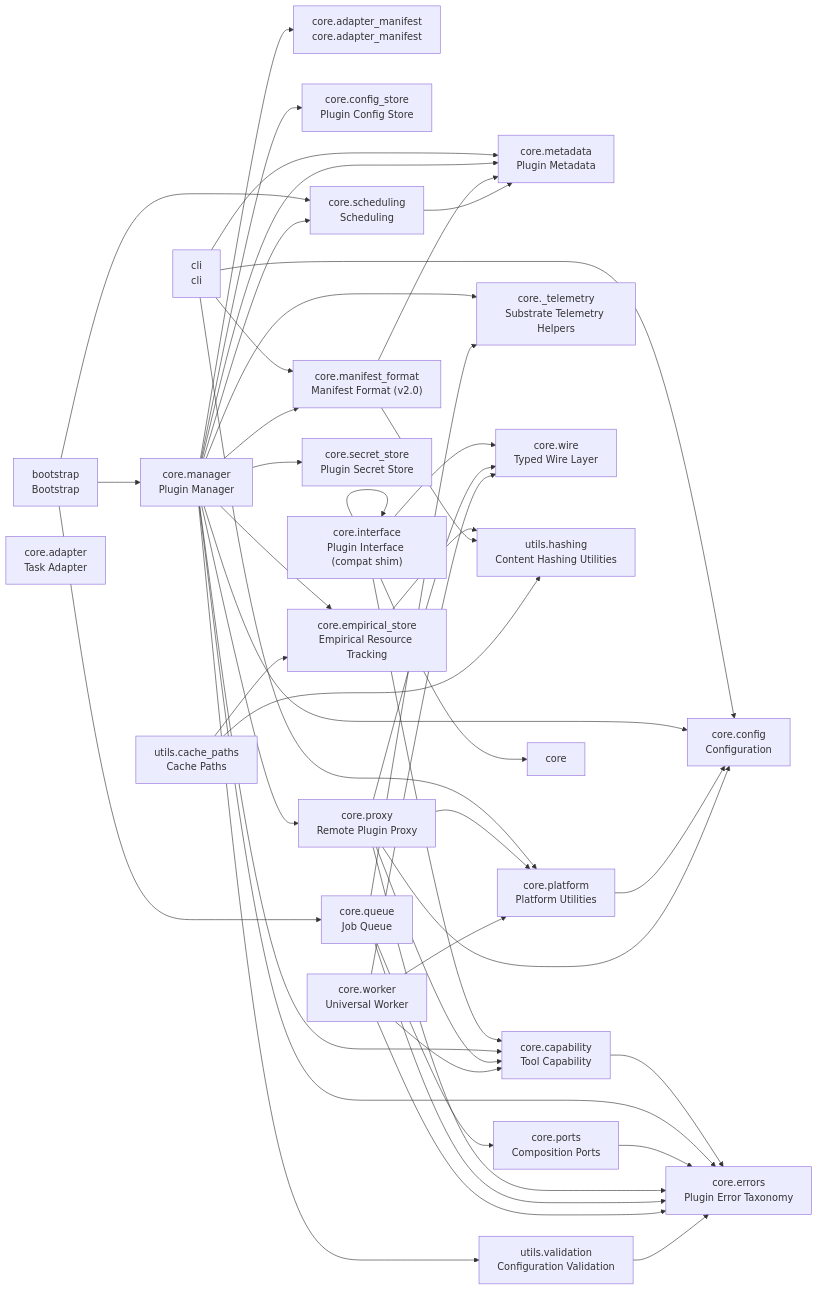
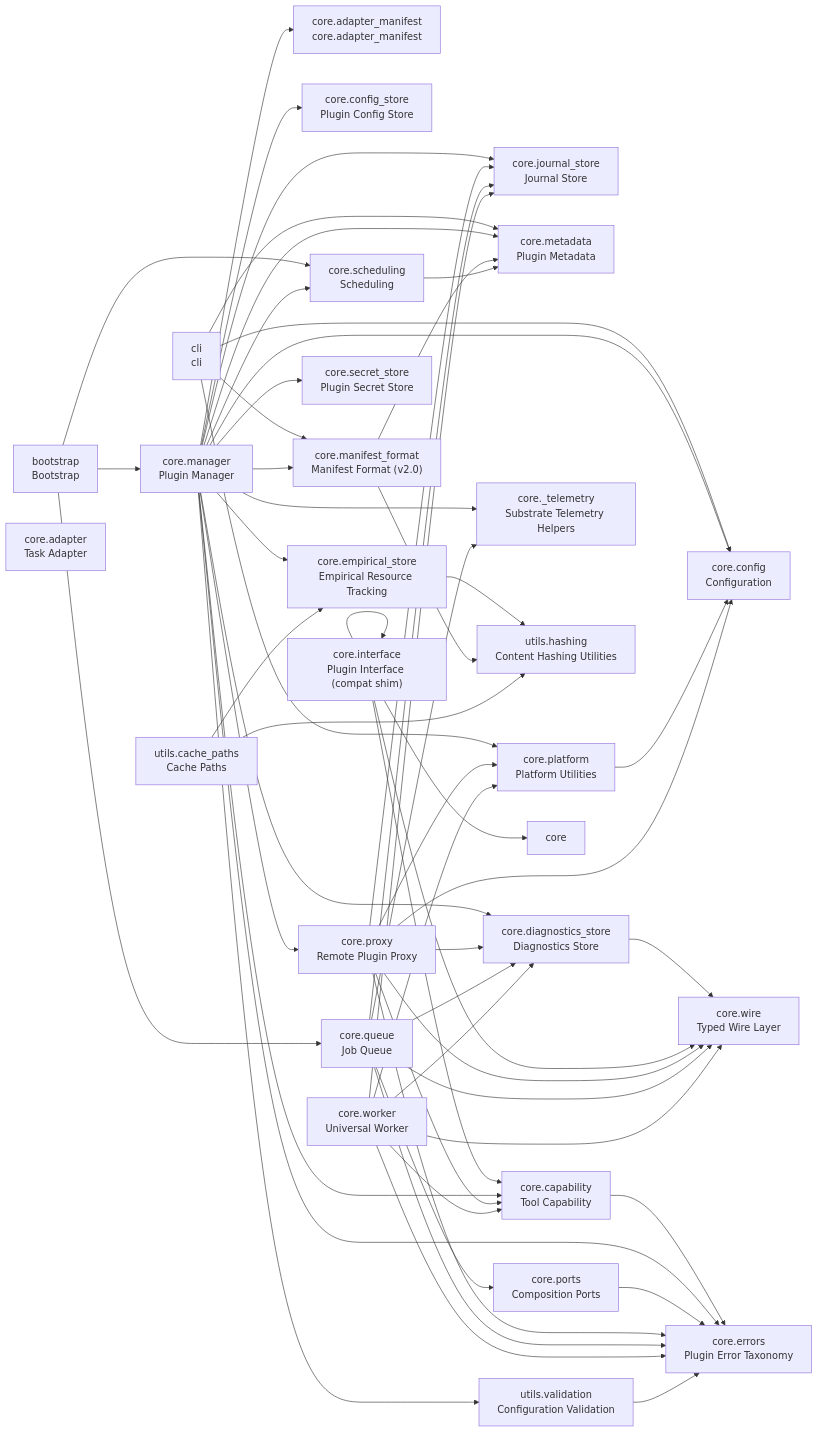
The diagram in README.md (cj-mills/cjm-plugin-system), drawn with Mermaid before and after one commit. The commit also changed other lines of this file and 8 other files, not shown here.

```diff
--- a/README.md
+++ b/README.md
@@ -53,9 +55,11 @@
     core_capability["core.capability<br/>Tool Capability"]
     core_config["core.config<br/>Configuration"]
     core_config_store["core.config_store<br/>Plugin Config Store"]
+    core_diagnostics_store["core.diagnostics_store<br/>Diagnostics Store"]
     core_empirical_store["core.empirical_store<br/>Empirical Resource Tracking"]
     core_errors["core.errors<br/>Plugin Error Taxonomy"]
     core_interface["core.interface<br/>Plugin Interface (compat shim)"]
+    core_journal_store["core.journal_store<br/>Journal Store"]
     core_manager["core.manager<br/>Plugin Manager"]
     core_manifest_format["core.manifest_format<br/>Manifest Format (v2.0)"]
     core_metadata["core.metadata<br/>Plugin Metadata"]
@@ -73,48 +77,58 @@
     utils_validation["utils.validation<br/>Configuration Validation"]
 
     bootstrap --> core_manager
+    bootstrap --> core_queue
     bootstrap --> core_scheduling
-    bootstrap --> core_queue
+    cli --> core_platform
     cli --> core_metadata
     cli --> core_manifest_format
     cli --> core_config
-    cli --> core_platform
     core_capability --> core_errors
+    core_diagnostics_store --> core_wire
     core_empirical_store --> utils_hashing
     core_interface --> core_capability
     core_interface --> core
     core_interface --> core_interface
     core_interface --> core_wire
+    core_manager --> core_empirical_store
     core_manager --> core_metadata
-    core_manager --> core_empirical_store
+    core_manager --> core__telemetry
+    core_manager --> utils_validation
+    core_manager --> core_journal_store
+    core_manager --> core_scheduling
+    core_manager --> core_secret_store
+    core_manager --> core_manifest_format
+    core_manager --> core_config_store
+    core_manager --> core_diagnostics_store
     core_manager --> core_adapter_manifest
     core_manager --> core_errors
     core_manager --> core_config
-    core_manager --> core_scheduling
-    core_manager --> core_manifest_format
-    core_manager --> core__telemetry
-    core_manager --> core_config_store
+    core_manager --> core_capability
     core_manager --> core_proxy
-    core_manager --> core_secret_store
-    core_manager --> utils_validation
-    core_manager --> core_capability
     core_manifest_format --> core_metadata
     core_manifest_format --> utils_hashing
     core_platform --> core_config
     core_ports --> core_errors
+    core_proxy --> core_platform
+    core_proxy --> core_journal_store
+    core_proxy --> core_wire
+    core_proxy --> core_diagnostics_store
     core_proxy --> core_errors
     core_proxy --> core_config
-    core_proxy --> core_platform
-    core_proxy --> core_wire
     core_proxy --> core_capability
     core_queue --> core_errors
+    core_queue --> core__telemetry
+    core_queue --> core_journal_store
     core_queue --> core_ports
-    core_queue --> core__telemetry
+    core_queue --> core_wire
+    core_queue --> core_diagnostics_store
     core_scheduling --> core_metadata
+    core_worker --> core_wire
+    core_worker --> core_errors
+    core_worker --> core_journal_store
+    core_worker --> core_diagnostics_store
     core_worker --> core_capability
     core_worker --> core_platform
-    core_worker --> core_errors
-    core_worker --> core_wire
     utils_cache_paths --> core_empirical_store
     utils_cache_paths --> utils_hashing
     utils_validation --> core_errors
```
